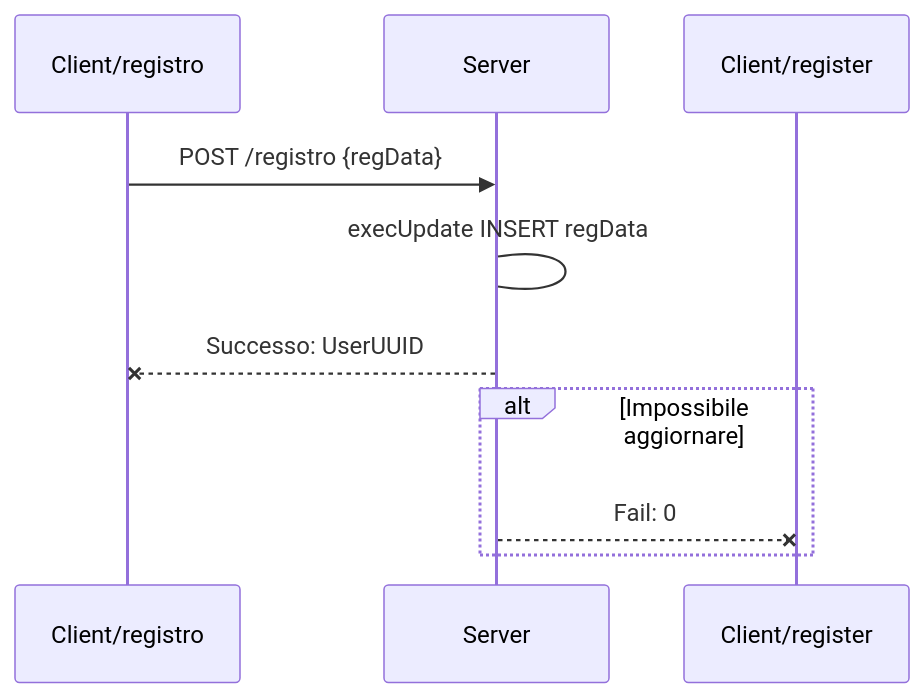
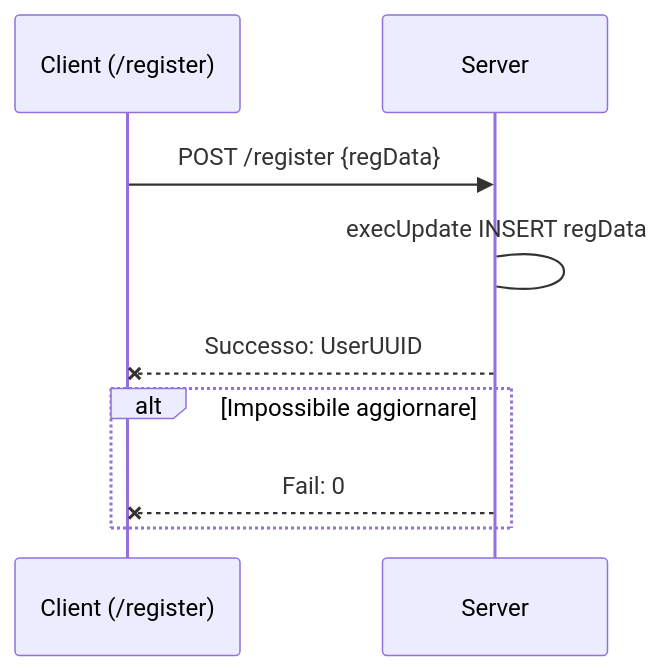
One commit to LJS360d/auctionsLab changed the third of 3 diagrams in SEQUENCEDIAGRAMS.md. Above: the diagram before and after it, drawn with Mermaid.

````diff
--- a/SEQUENCEDIAGRAMS.md
+++ b/SEQUENCEDIAGRAMS.md
@@ -40,13 +40,13 @@
 ```mermaid
 
 sequenceDiagram
 
-Client/registro ->> Server: POST /registro {regData}
+Client (/register) ->> Server: POST /register {regData}
 
 Server -> Server: execUpdate INSERT regData
 
-Server --x Client/registro: Successo: UserUUID
+Server --x Client (/register): Successo: UserUUID
 alt Impossibile aggiornare
-	Server --x Client/register: Fail: 0
+	Server --x Client (/register): Fail: 0
 end
 ```
````
